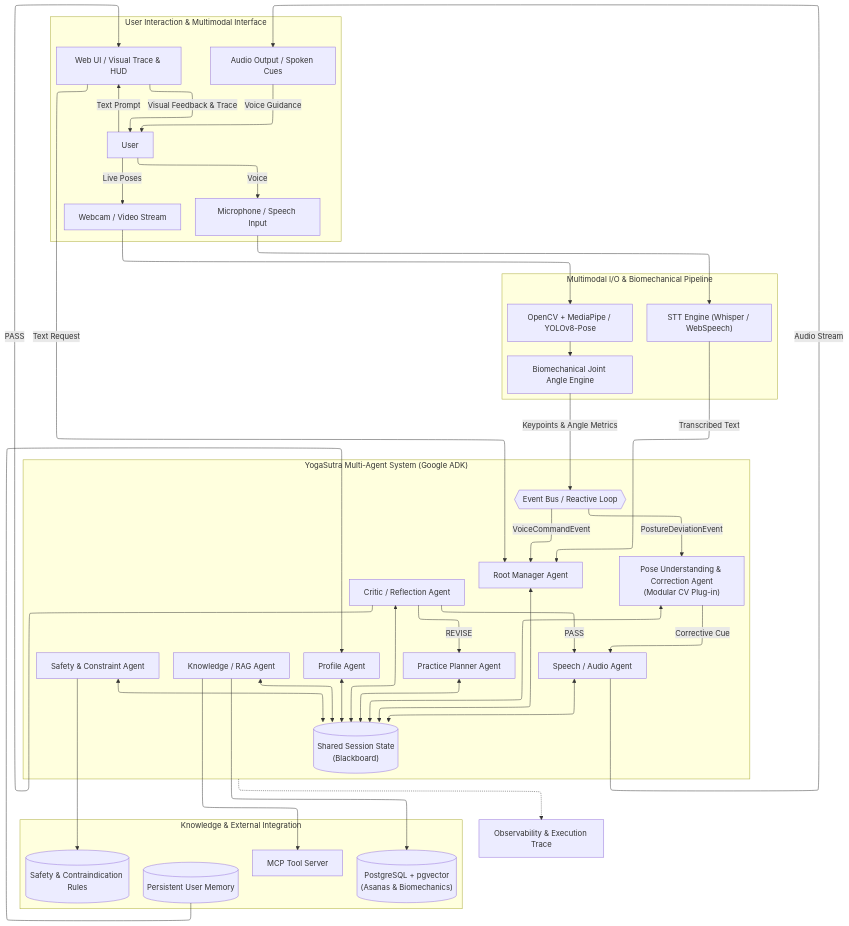
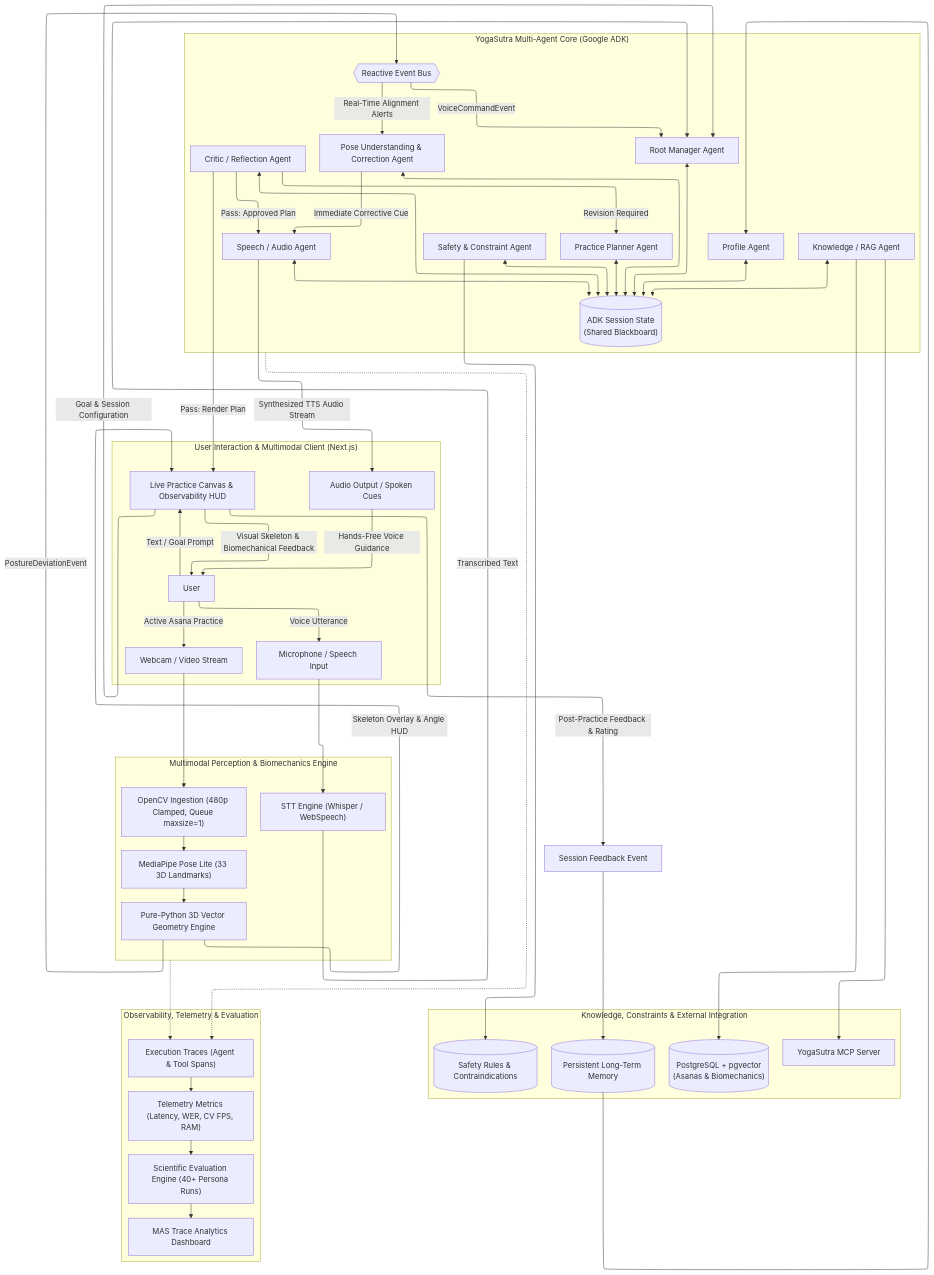
The first of 31 diagrams in PLAN.md (ojhaprathmesh/YogaSutra_Repo), drawn with Mermaid before and after one commit. The commit also changed other lines of this file, not shown here.

Commit message:
docs: unify master architecture in Section 6, add subsystem integration matrix in Section 35, and fix diagram formatting

````diff
--- a/PLAN.md
+++ b/PLAN.md
@@ -256,27 +256,29 @@
   layout: elk
 ---
 flowchart TB
-    subgraph UI_Layer["User Interaction & Multimodal Interface"]
+    subgraph UI_Layer["User Interaction & Multimodal Client (Next.js)"]
         U["User"]
         MIC["Microphone / Speech Input"]
         CAM["Webcam / Video Stream"]
         SPEAKER["Audio Output / Spoken Cues"]
-        SCREEN["Web UI / Visual Trace & HUD"]
+        SCREEN["Live Practice Canvas & Observability HUD"]
 
-        U -->|Voice| MIC
-        U -->|Text Prompt| SCREEN
-        U -->|Live Poses| CAM
-        SPEAKER -->|Voice Guidance| U
-        SCREEN -->|Visual Feedback & Trace| U
+        U -->|Voice Utterance| MIC
+        U -->|Text / Goal Prompt| SCREEN
+        U -->|Active Asana Practice| CAM
+        SPEAKER -->|Hands-Free Voice Guidance| U
+        SCREEN -->|Visual Skeleton & Biomechanical Feedback| U
     end
 
-    subgraph Audio_Vision_Pipeline["Multimodal I/O & Biomechanical Pipeline"]
+    subgraph Multimodal_Pipeline["Multimodal Perception & Biomechanics Engine"]
         MIC --> STT["STT Engine (Whisper / WebSpeech)"]
-        CAM --> CV["OpenCV + MediaPipe / YOLOv8-Pose"]
-        CV --> MATH["Biomechanical Joint Angle Engine"]
+        CAM --> CV["OpenCV Ingestion (480p Clamped, Queue maxsize=1)"]
+        CV --> MP["MediaPipe Pose Lite (33 3D Landmarks)"]
+        MP --> GEOM["Pure-Python 3D Vector Geometry Engine"]
+        GEOM -->|Skeleton Overlay & Angle HUD| SCREEN
     end
 
-    subgraph Multi_Agent_Core["YogaSutra Multi-Agent System (Google ADK)"]
+    subgraph Multi_Agent_Core["YogaSutra Multi-Agent Core (Google ADK)"]
         RM["Root Manager Agent"]
         PA["Profile Agent"]
         KA["Knowledge / RAG Agent"]
@@ -284,21 +286,34 @@
         SV["Safety & Constraint Agent"]
         CR["Critic / Reflection Agent"]
         SA["Speech / Audio Agent"]
-        POA["Pose Understanding & Correction Agent\n(Modular CV Plug-in)"]
+        POA["Pose Understanding & Correction Agent"]
 
-        SS[("Shared Session State\n(Blackboard)")]
-        BUS{{"Event Bus / Reactive Loop"}}
+        SS[("ADK Session State\n(Shared Blackboard)")]
+        BUS{{"Reactive Event Bus"}}
     end
 
-    subgraph Storage_and_Tools["Knowledge & External Integration"]
+    subgraph Knowledge_and_Tools["Knowledge, Constraints & External Integration"]
         KB[("PostgreSQL + pgvector\n(Asanas & Biomechanics)")]
-        MCP["MCP Tool Server"]
-        RULES[("Safety & Contraindication Rules")]
-        MEM[("Persistent User Memory")]
+        MCP["YogaSutra MCP Server"]
+        RULES[("Safety Rules & Contraindications")]
+        MEM[("Persistent Long-Term Memory")]
     end
+
+    subgraph Observability_Layer["Observability, Telemetry & Evaluation"]
+        TRACE["Execution Traces (Agent & Tool Spans)"]
+        MET["Telemetry Metrics (Latency, WER, CV FPS, RAM)"]
+        EVAL["Scientific Evaluation Engine (40+ Persona Runs)"]
+        DASH["MAS Trace Analytics Dashboard"]
+    end
+
+    %% Multimodal Perception to Agents & Bus
     STT -->|Transcribed Text| RM
-    SCREEN -->|Text Request| RM
-    MATH -->|Keypoints & Angle Metrics| BUS
+    SCREEN -->|Goal & Session Configuration| RM
+    GEOM -->|PostureDeviationEvent| BUS
+    BUS -->|Real-Time Alignment Alerts| POA
+    BUS -->|VoiceCommandEvent| RM
+
+    %% Agent State & Blackboard Access
     RM <--> SS
     PA <--> SS
     KA <--> SS
@@ -307,16 +322,30 @@
     CR <--> SS
     SA <--> SS
     POA <--> SS
-    BUS -->|PostureDeviationEvent| POA
-    BUS -->|VoiceCommandEvent| RM
-    POA -->|Corrective Cue| SA
-    SA -->|Audio Stream| SPEAKER
+
+    %% Planning, Reflection & Corrective Loops
+    POA -->|Immediate Corrective Cue| SA
+    CR -->|Pass: Approved Plan| SA
+    CR -->|Pass: Render Plan| SCREEN
+    CR -->|Revision Required| PP
+
+    %% Audio Dispatch
+    SA -->|Synthesized TTS Audio Stream| SPEAKER
+
+    %% Knowledge Retrieval & Tools
     KA --> KB
     KA --> MCP
     SV --> RULES
     MEM --> PA
-    CR -->|PASS| SA
-    CR -->|PASS| SCREEN
-    CR -->|REVISE| PP
-    Multi_Agent_Core -.-> TRACE["Observability & Execution Trace"]
+
+    %% Closed-Loop Feedback
+    SCREEN -->|Post-Practice Feedback & Rating| FB["Session Feedback Event"]
+    FB --> MEM
+
+    %% Observability Streams
+    Multi_Agent_Core -.-> TRACE
+    Multimodal_Pipeline -.-> TRACE
+    TRACE --> MET
+    MET --> EVAL
+    EVAL --> DASH
 ```
````
